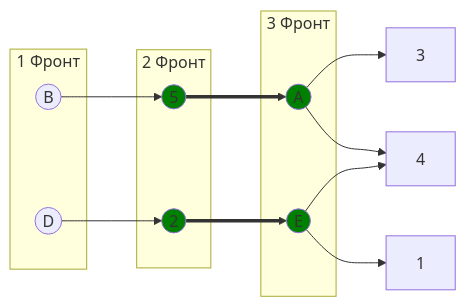
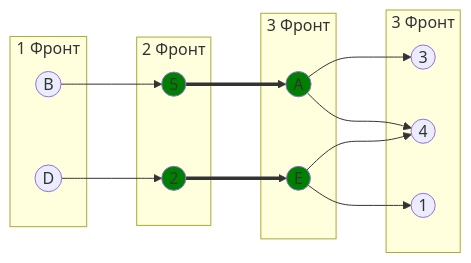
Before and after one commit to algos-ris-24-5/manual-tasks: the second of 11 diagrams in Задание 8/DIVI.md, drawn with Mermaid.

Commit message:
1 задание точно готово

````diff
--- a/Задание 8/DIVI.md
+++ b/Задание 8/DIVI.md
@@ -46,27 +46,32 @@
 ```mermaid
 graph LR
     subgraph "1 Фронт"
         B((B))
         D((D))
     end
     subgraph "2 Фронт"
         5((5))
         2((2))
     end
     subgraph "3 Фронт"
         A((A))
         E((E))
     end
+    subgraph "3 Фронт"
+        1((1))
+        3((3))
+        4((4))
+    end
     B --> 5 ==> A --> 3
     A --> 4
     E --> 4
     D --> 2 ==> E --> 1
 
     
 
     style A fill:#008000
     style E fill:#008000
     style 5 fill:#008000
     style 2 fill:#008000
 
 ```
````
